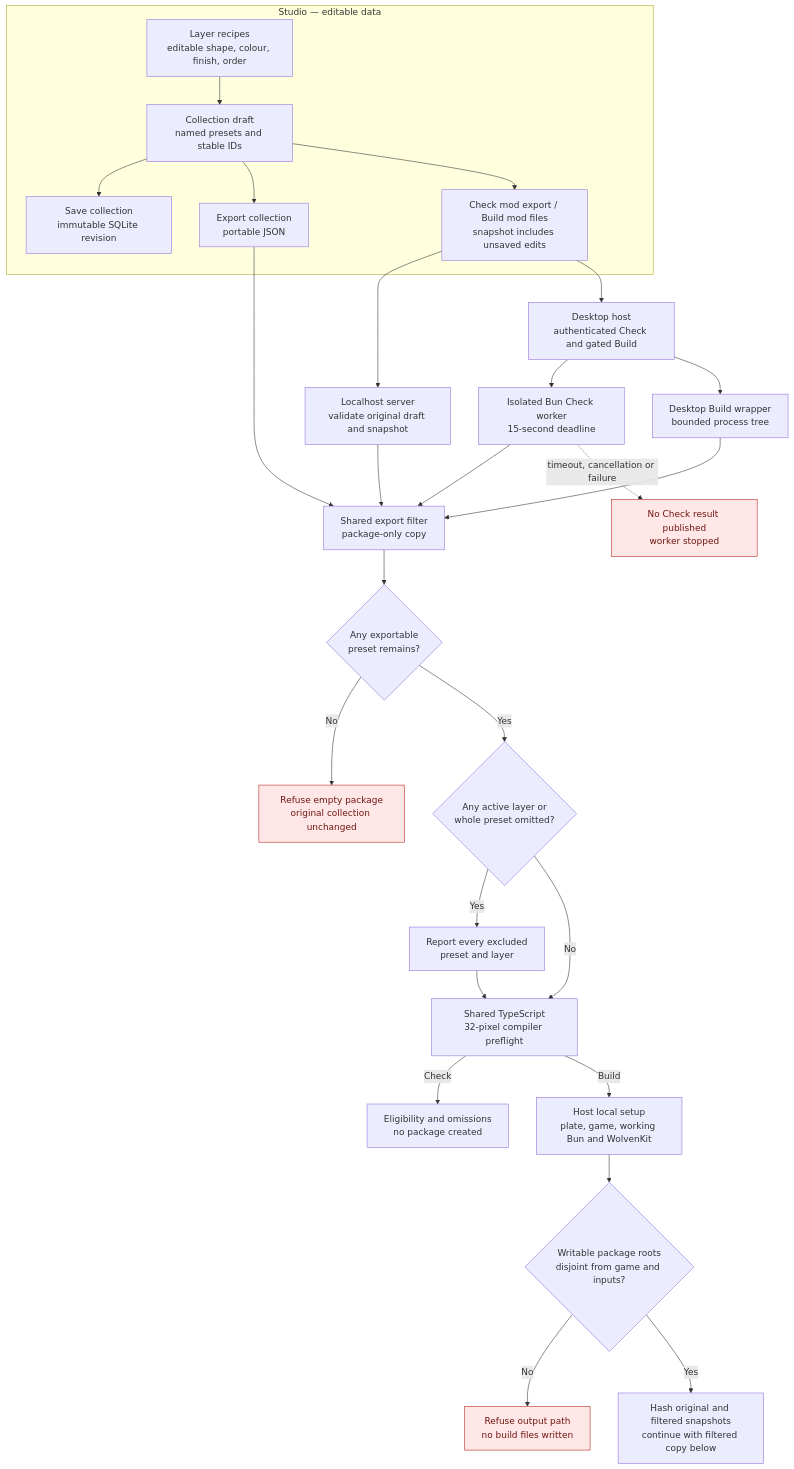
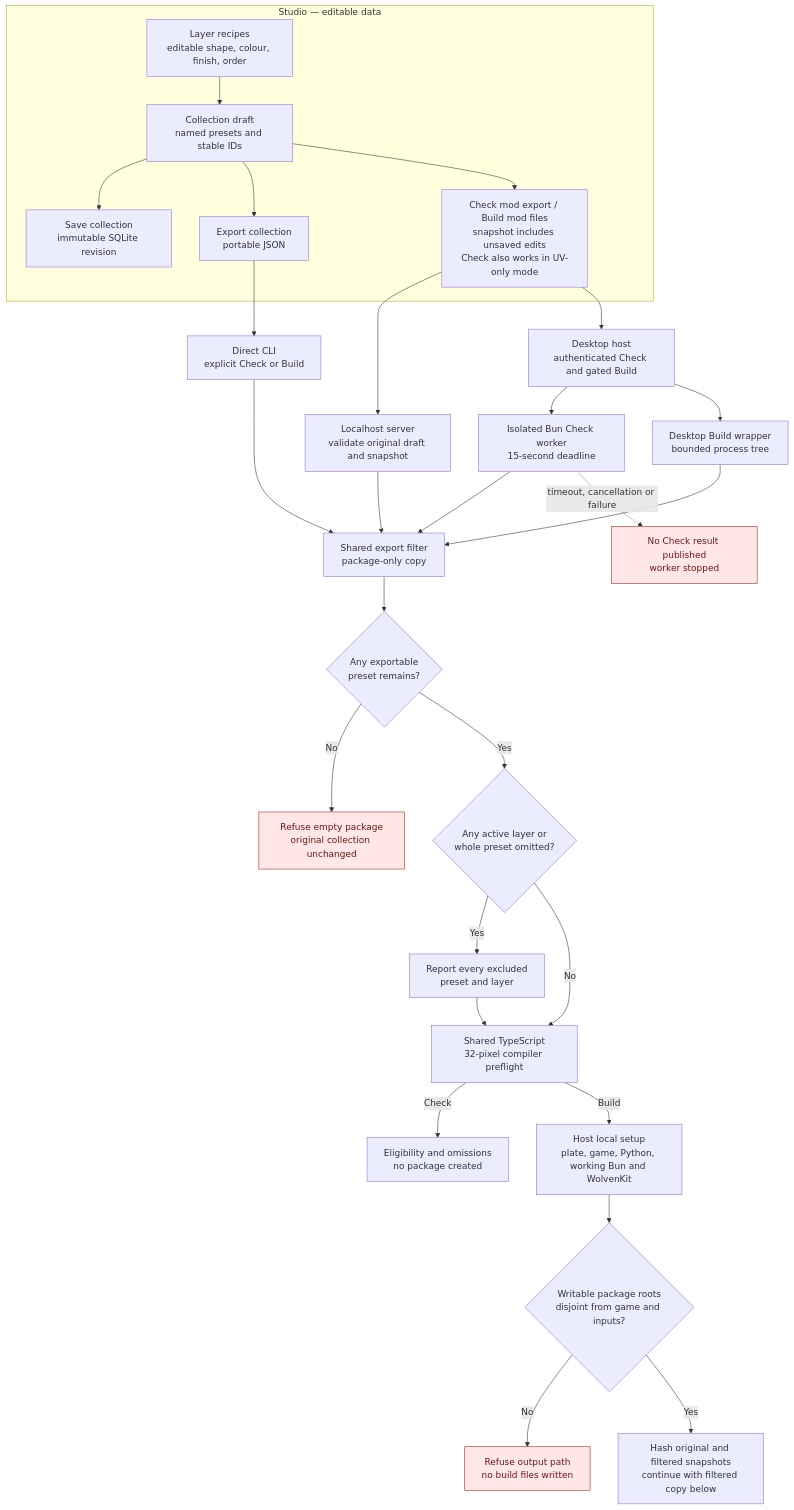
The first of 3 diagrams in research/authoring/studio-to-mod-pipeline.md (axefrog/xf-studio), drawn with Mermaid before and after one commit. The commit also changed other lines of this file, not shown here.

Commit message:
docs: sync studio mod pipeline with desktop candidate and WebView evidence

````diff
--- a/research/authoring/studio-to-mod-pipeline.md
+++ b/research/authoring/studio-to-mod-pipeline.md
@@ -11,33 +11,34 @@
 ```mermaid
 flowchart TB
   subgraph editor["Studio — editable data"]
     recipe["Layer recipes<br/>editable shape, colour, finish, order"] --> draft["Collection draft<br/>named presets and stable IDs"]
     draft --> sqlite["Save collection<br/>immutable SQLite revision"]
     draft --> export["Export collection<br/>portable JSON"]
-    draft --> ui["Check mod export / Build mod files<br/>snapshot includes unsaved edits"]
+    draft --> ui["Check mod export / Build mod files<br/>snapshot includes unsaved edits<br/>Check also works in UV-only mode"]
   end
 
   ui --> server["Localhost server<br/>validate original draft and snapshot"]
   ui --> desktop["Desktop host<br/>authenticated Check and gated Build"]
   server --> filter["Shared export filter<br/>package-only copy"]
   desktop --> worker["Isolated Bun Check worker<br/>15-second deadline"]
   desktop --> buildWrapper["Desktop Build wrapper<br/>bounded process tree"]
   worker --> filter
   buildWrapper --> filter
   worker -. "timeout, cancellation or failure" .-> noresult["No Check result published<br/>worker stopped"]
-  export --> filter
+  export --> cli["Direct CLI<br/>explicit Check or Build"]
+  cli --> filter
   filter --> decision{"Any exportable<br/>preset remains?"}
   decision -- No --> reject["Refuse empty package<br/>original collection unchanged"]
   decision -- Yes --> omitted{"Any active layer or<br/>whole preset omitted?"}
   omitted -- Yes --> warn["Report every excluded<br/>preset and layer"]
   omitted -- No --> preflight["Shared TypeScript<br/>32-pixel compiler preflight"]
   warn --> preflight
   preflight -- Check --> ready["Eligibility and omissions<br/>no package created"]
-  preflight -- Build --> setup["Host local setup<br/>plate, game, working Bun and WolvenKit"]
+  preflight -- Build --> setup["Host local setup<br/>plate, game, Python, working Bun and WolvenKit"]
   setup --> roots{"Writable package roots<br/>disjoint from game and inputs?"}
   roots -- No --> unsafe["Refuse output path<br/>no build files written"]
   roots -- Yes --> snapshot["Hash original and filtered snapshots<br/>continue with filtered copy below"]
 
   classDef blocked fill:#ffe7e7,stroke:#b42318,color:#6e1611;
   class reject,noresult,unsafe blocked;
 ```
````
